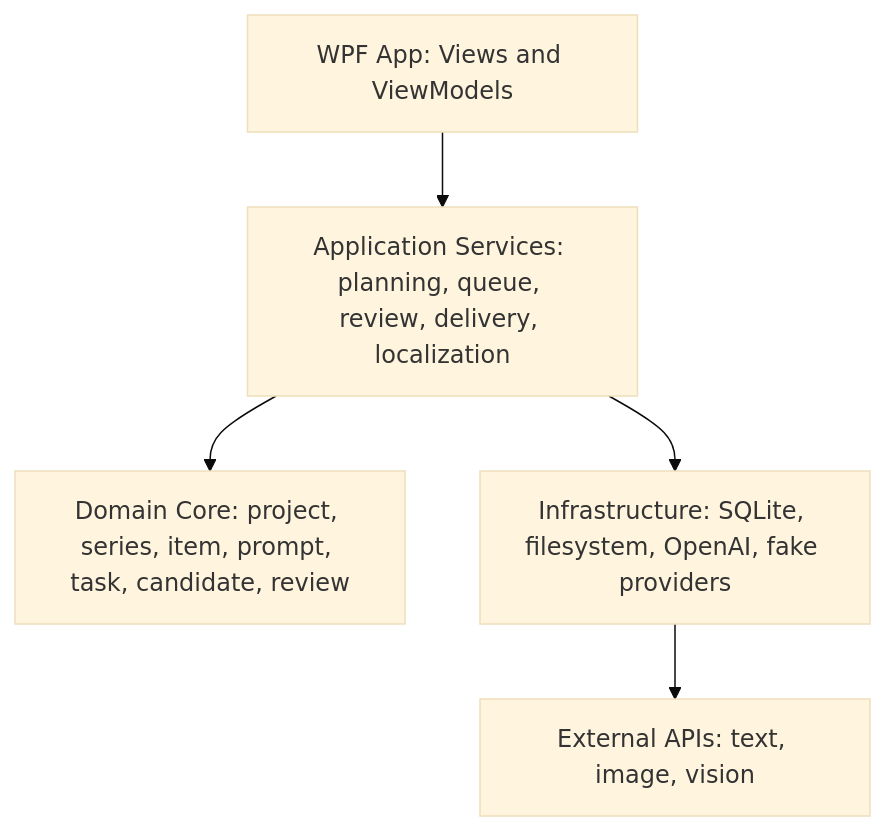
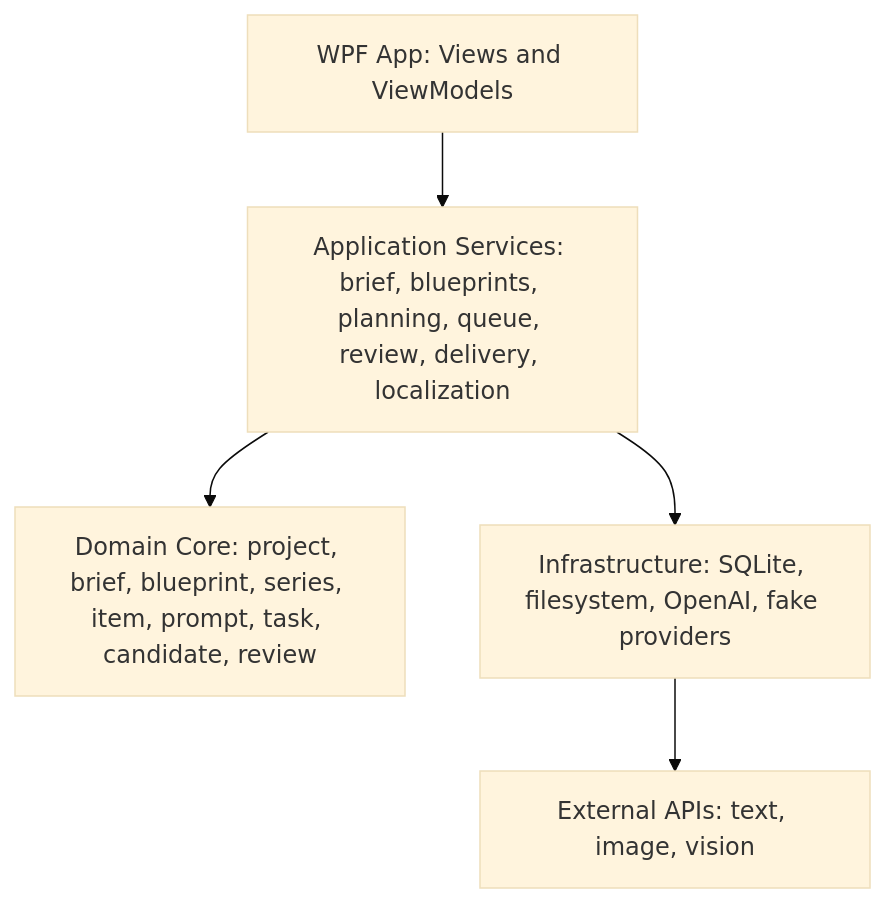
Before and after one commit to sciman-top/ai-content-delivery-studio: the first of 2 diagrams in docs/ARCHITECTURE.md, drawn with Mermaid (base theme). The commit also changed other lines of this file and 6 other files, not shown here.

Commit message:
Update roadmap for blueprint-first workflow

````diff
--- a/docs/ARCHITECTURE.md
+++ b/docs/ARCHITECTURE.md
@@ -30,13 +30,13 @@
 ```mermaid
 flowchart TB
     UI["WPF App: Views and ViewModels"]
-    APP["Application Services: planning, queue, review, delivery, localization"]
-    CORE["Domain Core: project, series, item, prompt, task, candidate, review"]
+    APP["Application Services: brief, blueprints, planning, queue, review, delivery, localization"]
+    CORE["Domain Core: project, brief, blueprint, series, item, prompt, task, candidate, review"]
     INFRA["Infrastructure: SQLite, filesystem, OpenAI, fake providers"]
     EXT["External APIs: text, image, vision"]
 
     UI --> APP
     APP --> CORE
     APP --> INFRA
     INFRA --> EXT
 ```
````
